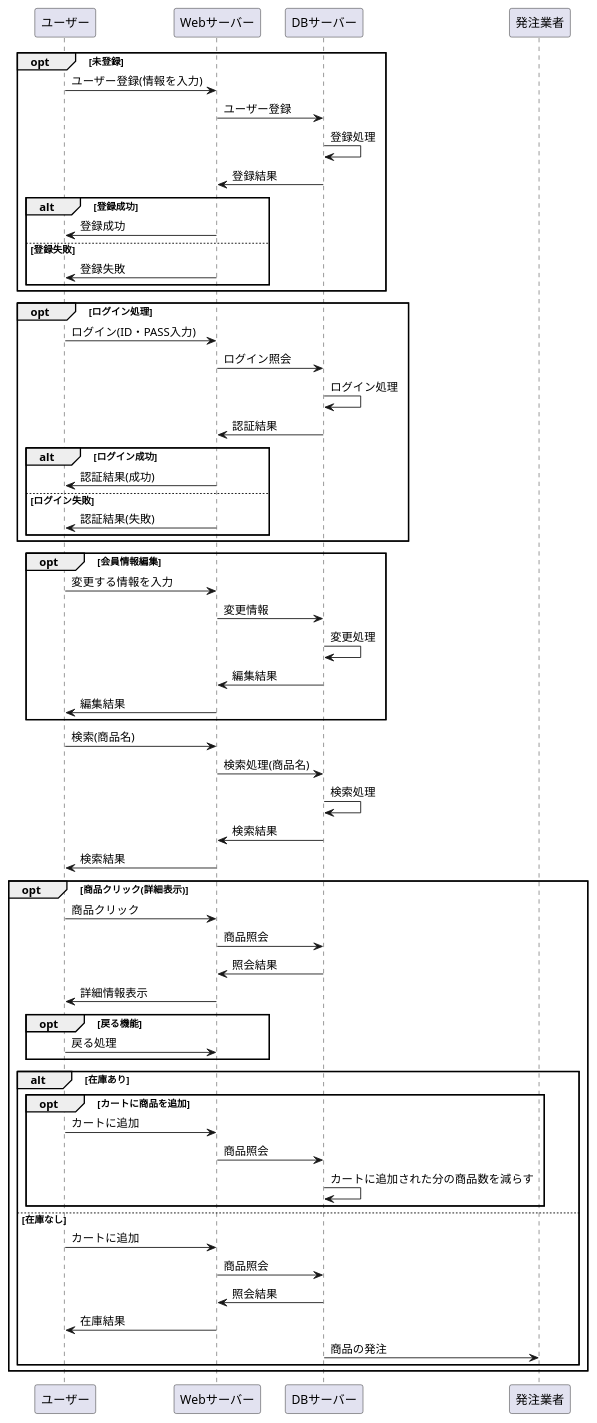
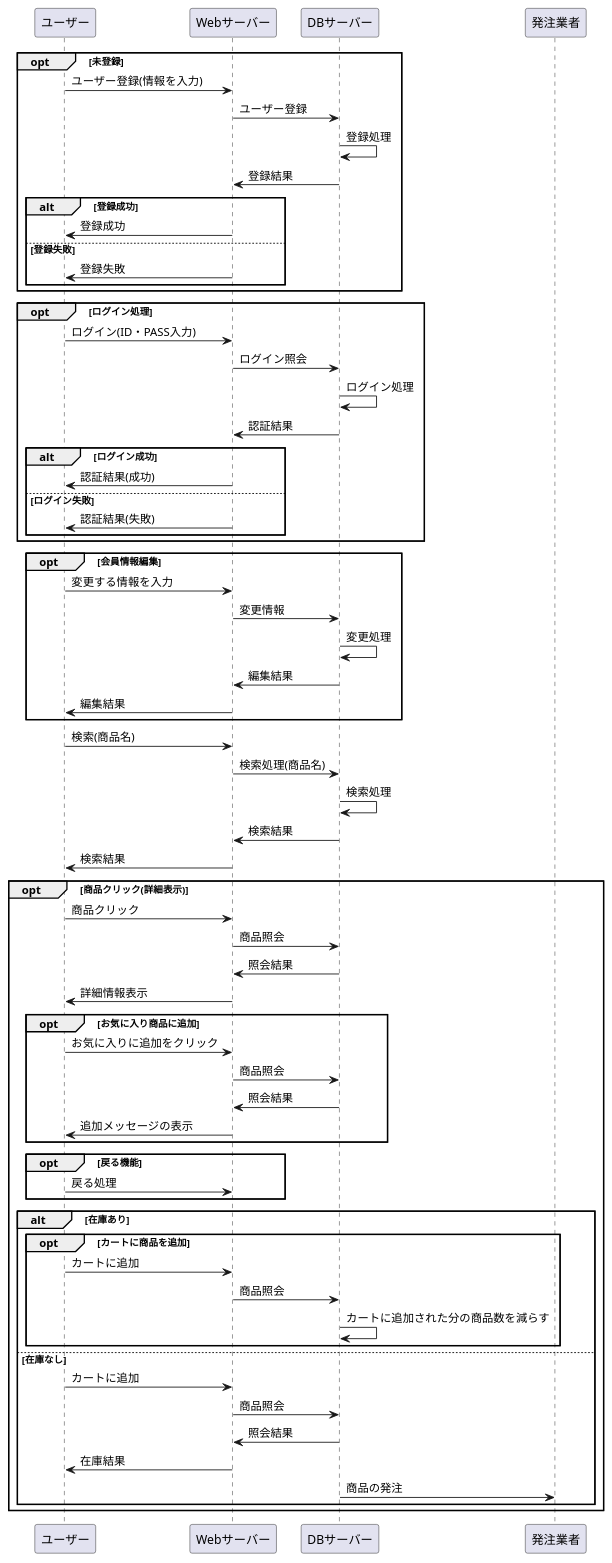
One commit to Aso2001163/2021sys-design-2 changed the diagram in システム開発/業務フロー.md. Above: the diagram before and after it, drawn with PlantUML.

````diff
--- a/システム開発/業務フロー.md
+++ b/システム開発/業務フロー.md
@@ -1,67 +1,78 @@
 ```uml
 @startuml
 opt 未登録
 ユーザー -> Webサーバー : ユーザー登録(情報を入力)
 Webサーバー -> DBサーバー : ユーザー登録
 DBサーバー -> DBサーバー : 登録処理
 DBサーバー -> Webサーバー : 登録結果
 
 alt 登録成功
 Webサーバー -> ユーザー : 登録成功
 else 登録失敗
 Webサーバー -> ユーザー : 登録失敗
 end
 end
 
 opt ログイン処理
 ユーザー -> Webサーバー : ログイン(ID・PASS入力)
 Webサーバー -> DBサーバー : ログイン照会
 DBサーバー -> DBサーバー : ログイン処理
 DBサーバー -> Webサーバー : 認証結果
 
 alt ログイン成功
 Webサーバー -> ユーザー : 認証結果(成功)
 else ログイン失敗
 Webサーバー -> ユーザー : 認証結果(失敗)
 end
 end
 
 opt 会員情報編集
 ユーザー -> Webサーバー : 変更する情報を入力
 Webサーバー -> DBサーバー :変更情報
 DBサーバー -> DBサーバー : 変更処理
 DBサーバー -> Webサーバー : 編集結果
 Webサーバー -> ユーザー : 編集結果
 end
 
 ユーザー -> Webサーバー : 検索(商品名)
 Webサーバー -> DBサーバー : 検索処理(商品名)
 DBサーバー -> DBサーバー : 検索処理
 DBサーバー -> Webサーバー : 検索結果
 Webサーバー -> ユーザー : 検索結果
 
 opt 商品クリック(詳細表示)
 ユーザー -> Webサーバー : 商品クリック
 Webサーバー -> DBサーバー : 商品照会
 DBサーバー -> Webサーバー : 照会結果
 Webサーバー -> ユーザー : 詳細情報表示
+
+opt お気に入り商品に追加
+ユーザー -> Webサーバー : お気に入りに追加をクリック
+Webサーバー -> DBサーバー : 商品照会
+DBサーバー -> Webサーバー : 照会結果
+Webサーバー -> ユーザー : 追加メッセージの表示
+end
+
 opt 戻る機能
 ユーザー -> Webサーバー : 戻る処理
 end
+
 alt 在庫あり
 opt カートに商品を追加
 ユーザー -> Webサーバー : カートに追加
 Webサーバー -> DBサーバー : 商品照会
 DBサーバー -> DBサーバー : カートに追加された分の商品数を減らす
 end
+
 else 在庫なし
 ユーザー -> Webサーバー : カートに追加
 Webサーバー -> DBサーバー : 商品照会
 DBサーバー -> Webサーバー : 照会結果
 Webサーバー -> ユーザー : 在庫結果
 DBサーバー -> 発注業者 : 商品の発注
 end
+
 end
 
 @enduml
 ```
````
